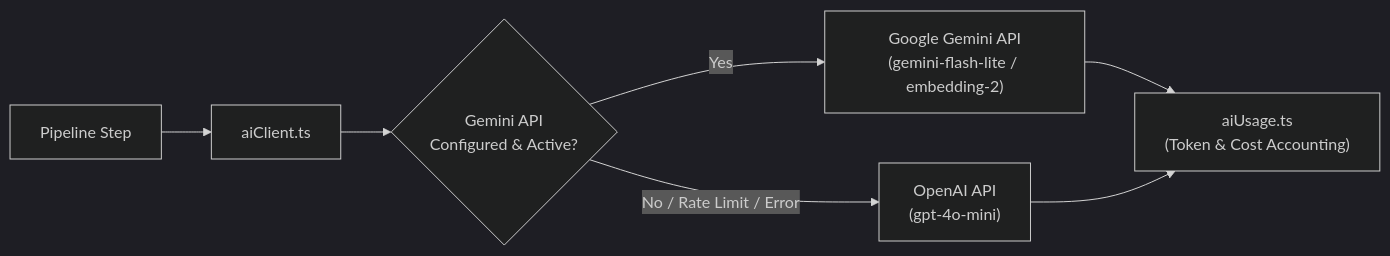
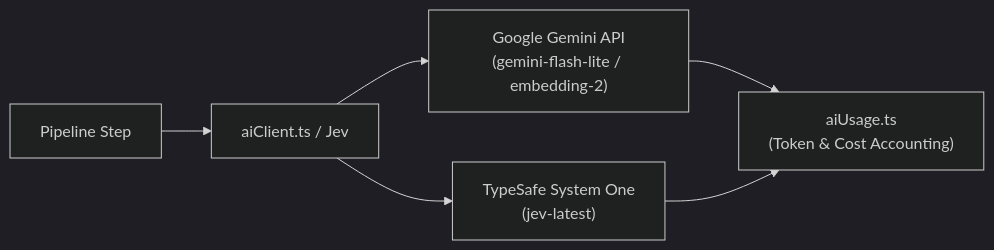
Before and after one commit to cobacious/neus: the second of 2 diagrams in docs/architecture/pipeline.md, drawn with Mermaid (dark theme). The commit also changed other lines of this file and 12 other files, not shown here.

````diff
--- a/docs/architecture/pipeline.md
+++ b/docs/architecture/pipeline.md
@@ -171,9 +171,8 @@
 ```mermaid
 flowchart LR
-    Caller["Pipeline Step"] --> Client["aiClient.ts"]
-    Client --> Primary{"Gemini API<br/>Configured & Active?"}
-    Primary -- Yes --> Gemini["Google Gemini API<br/>(gemini-flash-lite / embedding-2)"]
-    Primary -- No / Rate Limit / Error --> OpenAI["OpenAI API<br/>(gpt-4o-mini)"]
+    Caller["Pipeline Step"] --> Client["aiClient.ts / Jev"]
+    Client --> Gemini["Google Gemini API<br/>(gemini-flash-lite / embedding-2)"]
+    Client --> TypeSafe["TypeSafe System One<br/>(jev-latest)"]
     Gemini --> Usage["aiUsage.ts<br/>(Token & Cost Accounting)"]
-    OpenAI --> Usage
+    TypeSafe --> Usage
 ```
````
